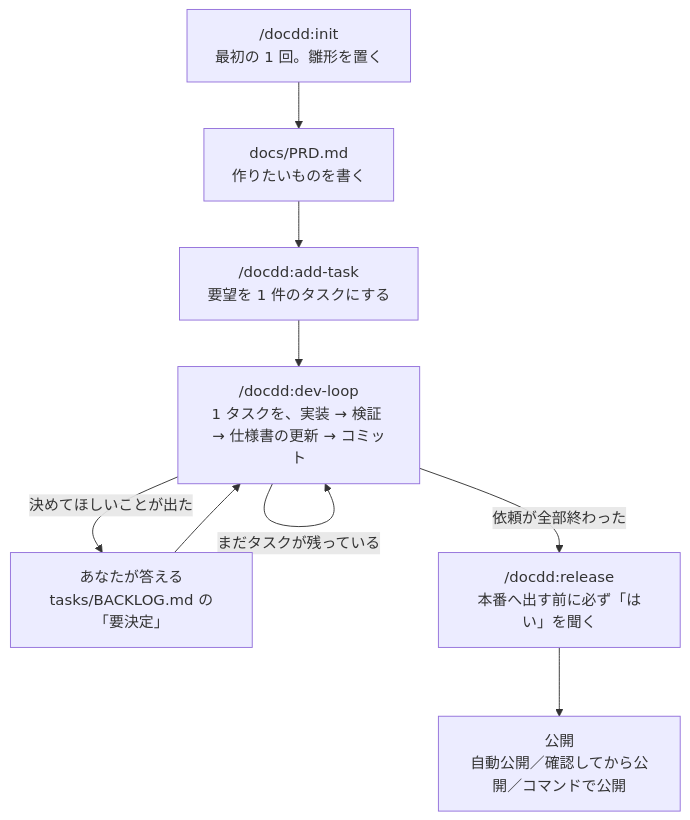
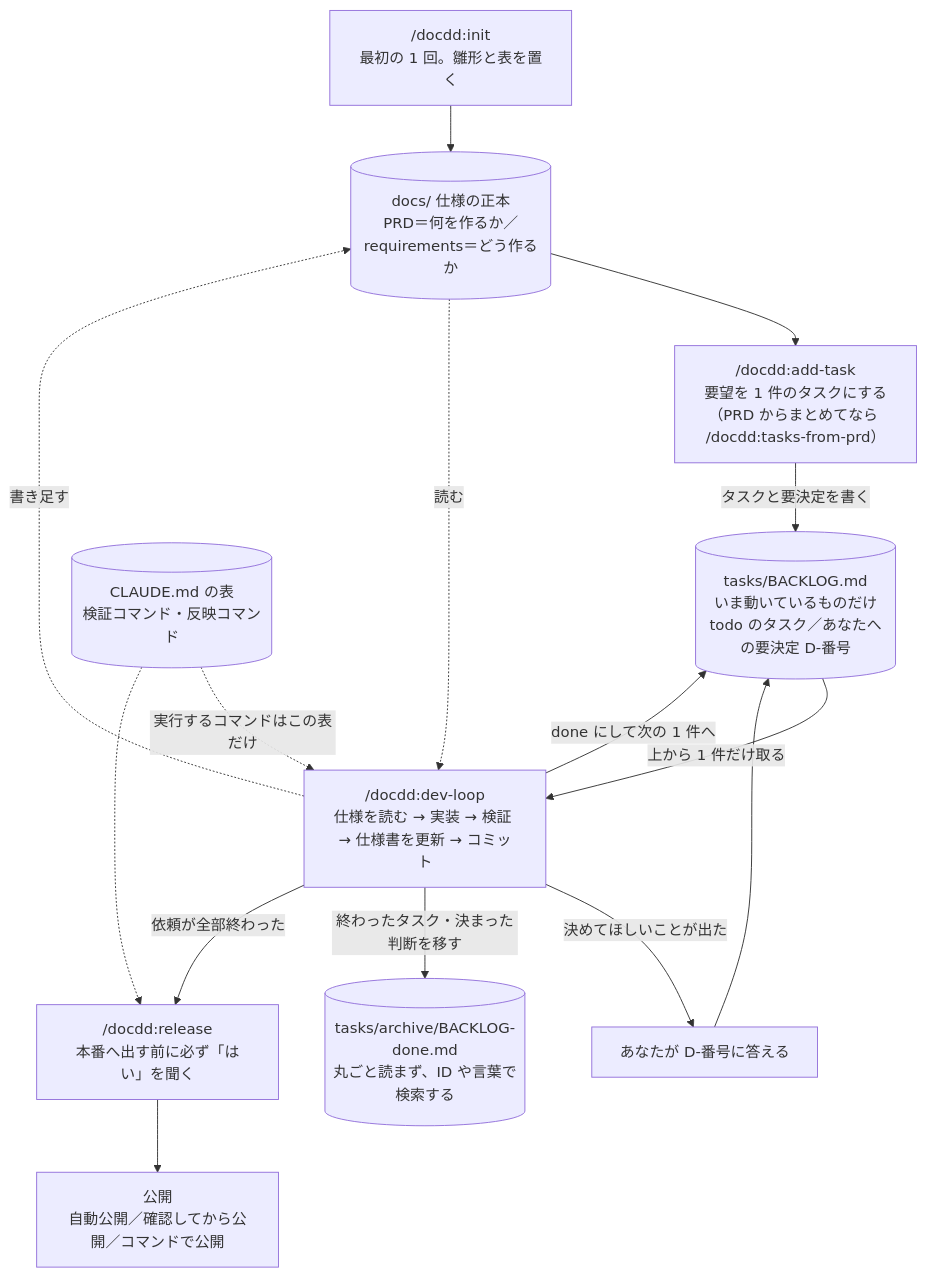
The diagram in README.md (no1013kota/claude-docdd-dev-kit), drawn with Mermaid before and after one commit. The commit also changed other lines of this file, not shown here.

Commit message:
docs: 全体像の図に BACKLOG とアーカイブ、仕様の正本、コマンド表の位置づけを足す

````diff
--- a/README.md
+++ b/README.md
@@ -15,11 +15,17 @@
 ```mermaid
 flowchart TD
-  I["/docdd:init<br/>最初の 1 回。雛形を置く"] --> P["docs/PRD.md<br/>作りたいものを書く"]
-  P --> A["/docdd:add-task<br/>要望を 1 件のタスクにする"]
-  A --> D["/docdd:dev-loop<br/>1 タスクを、実装 → 検証 → 仕様書の更新 → コミット"]
-  D -->|決めてほしいことが出た| Q["あなたが答える<br/>tasks/BACKLOG.md の「要決定」"]
-  Q --> D
-  D -->|まだタスクが残っている| D
+  I["/docdd:init<br/>最初の 1 回。雛形と表を置く"] --> S
+  S[("docs/ 仕様の正本<br/>PRD＝何を作るか／requirements＝どう作るか")] --> A["/docdd:add-task<br/>要望を 1 件のタスクにする<br/>（PRD からまとめてなら /docdd:tasks-from-prd）"]
+  A -->|タスクと要決定を書く| B[("tasks/BACKLOG.md<br/>いま動いているものだけ<br/>todo のタスク／あなたへの要決定 D-番号")]
+  B -->|上から 1 件だけ取る| D["/docdd:dev-loop<br/>仕様を読む → 実装 → 検証 → 仕様書を更新 → コミット"]
+  S -.->|読む| D
+  D -.->|書き足す| S
+  D -->|決めてほしいことが出た| Q["あなたが D-番号に答える"]
+  Q --> B
+  D -->|done にして次の 1 件へ| B
+  D -->|終わったタスク・決まった判断を移す| AR[("tasks/archive/BACKLOG-done.md<br/>丸ごと読まず、ID や言葉で検索する")]
   D -->|依頼が全部終わった| R["/docdd:release<br/>本番へ出す前に必ず「はい」を聞く"]
   R --> L["公開<br/>自動公開／確認してから公開／コマンドで公開"]
+  C[("CLAUDE.md の表<br/>検証コマンド・反映コマンド")] -.->|実行するコマンドはこの表だけ| D
+  C -.-> R
 ```
````
